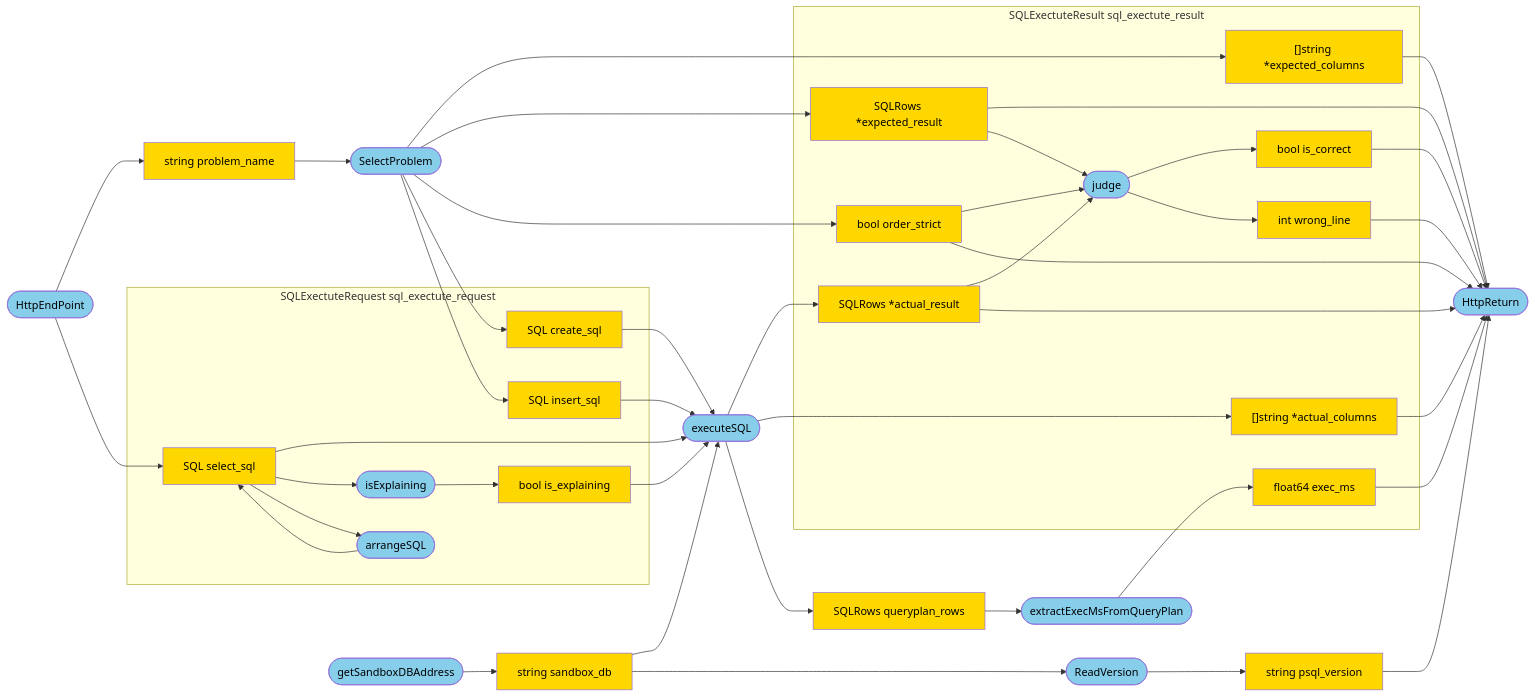
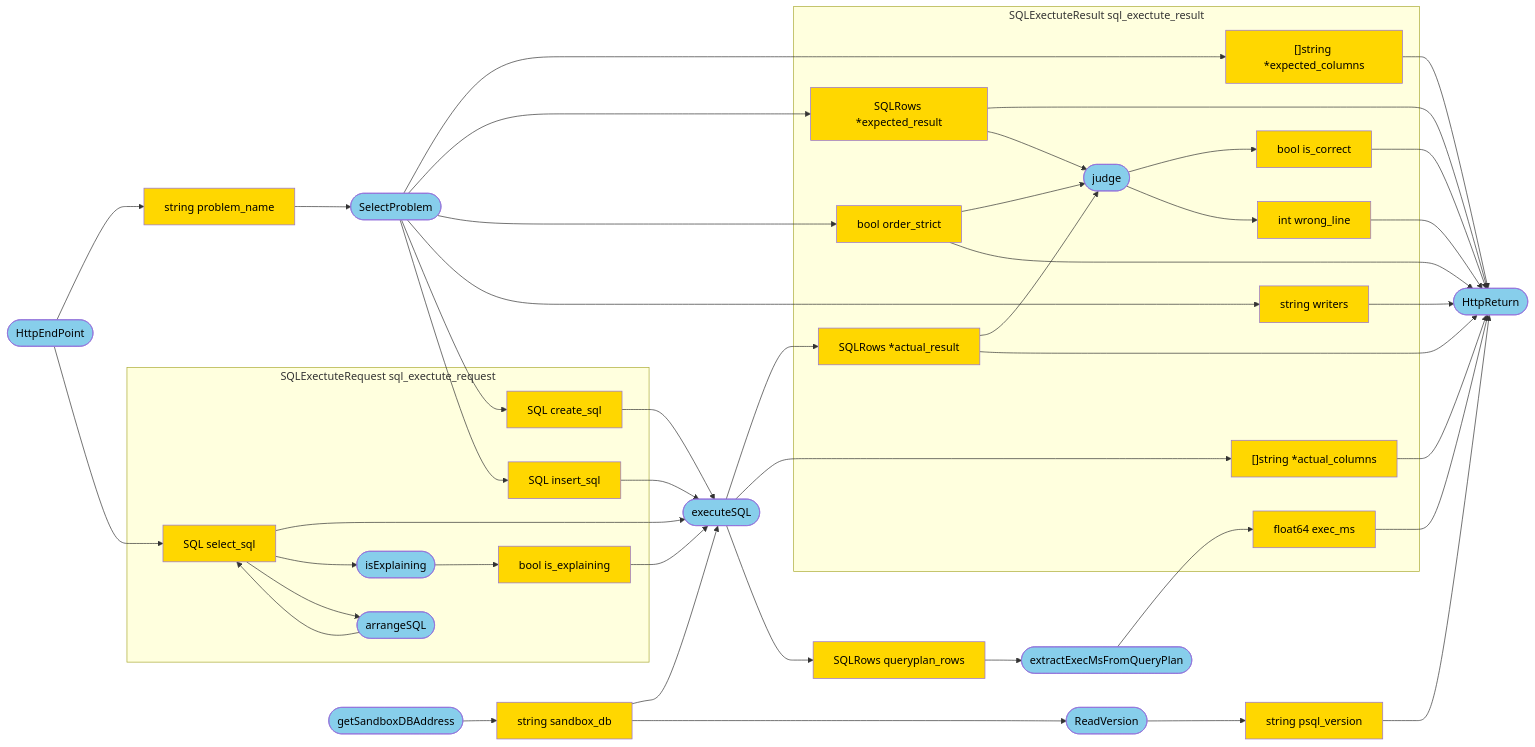
The first of 3 diagrams in internal/judge/doc.md (ryhoh/SQLover), drawn with Mermaid before and after one commit. The commit also changed 35 other files, not shown here.

````diff
--- a/internal/judge/doc.md
+++ b/internal/judge/doc.md
@@ -3,78 +3,81 @@
 ```mermaid
 graph LR
     sandbox_db --> executeSQL([executeSQL])
     %%SQLoversDB[(SQLoversDB)] --> SelectCreateSQL([SelectCreateSQL])
     %%SQLoversDB[(SQLoversDB)] --> SelectInsertSQL([SelectInsertSQL])
 
     subgraph SQLExectuteRequest[SQLExectuteRequest sql_exectute_request]
         create_sql[SQL create_sql]
         insert_sql[SQL insert_sql]
         select_sql[SQL select_sql]
         is_explaining[bool is_explaining]
 
         isExplaining([isExplaining])
         arrangeSQL([arrangeSQL])
     end
     
     
     subgraph SQLExectuteResult[SQLExectuteResult sql_exectute_result]
         expected_result[SQLRows *expected_result]
         actual_result[SQLRows *actual_result]
         expected_columns["[]string" *expected_columns]
         actual_columns["[]string" *actual_columns]
         order_strict[bool order_strict]
         is_correct[bool is_correct]
         wrong_line[int wrong_line]
         exec_ms[float64 exec_ms]
+        writers[string writers]
         
         judge([judge])
     end
 
     HttpEndPoint([HttpEndPoint]) --> problem_name[string problem_name]
     problem_name --> SelectProblem([SelectProblem])
     SelectProblem --> create_sql
     SelectProblem --> insert_sql
     SelectProblem --> expected_columns
     SelectProblem --> expected_result
     SelectProblem --> order_strict
+    SelectProblem --> writers
     HttpEndPoint --> select_sql
     create_sql --> executeSQL
     insert_sql --> executeSQL
     select_sql --> executeSQL
     select_sql --> isExplaining([isExplaining]) --> is_explaining --> executeSQL
     select_sql --> arrangeSQL([arrangeSQL]) --> select_sql
     executeSQL --> actual_result
     executeSQL --> actual_columns
     executeSQL --> queryplan_rows[SQLRows queryplan_rows]
     queryplan_rows --> extractExecMsFromQueryPlan([extractExecMsFromQueryPlan])
     extractExecMsFromQueryPlan --> exec_ms
 
     expected_result --> HttpReturn([HttpReturn])
 
     expected_result --> judge
     actual_result --> judge
     order_strict --> judge
     judge --> is_correct
     judge --> wrong_line
     
     getSandboxDBAddress([getSandboxDBAddress]) --> sandbox_db[string sandbox_db]
 
     actual_result --> HttpReturn
     expected_columns --> HttpReturn
     actual_columns --> HttpReturn
     is_correct --> HttpReturn
     wrong_line --> HttpReturn
     order_strict --> HttpReturn
     exec_ms --> HttpReturn
+    writers --> HttpReturn
 
     sandbox_db --> ReadVersion([ReadVersion]) --> psql_version[string psql_version] --> HttpReturn
 
     %% style
     classDef func fill:skyblue,color:#000
     classDef data fill:gold,color:#000
     classDef database fill:lightgray,color:#000
 
     class getSandboxDBAddress,executeSQL,HttpEndPoint,judge,HttpReturn,arrangeSQL,SelectProblem,ReadVersion,isExplaining,extractExecMsFromQueryPlan func;
-    class sandbox_db,create_sql,insert_sql,select_sql,expected_result,actual_result,order_strict,expected_columns,actual_columns,is_correct,wrong_line,problem_name,base_table,exec_ms,psql_version,is_explaining,queryplan_rows data;
+    class sandbox_db,create_sql,insert_sql,select_sql,expected_result,actual_result,order_strict,expected_columns,actual_columns,is_correct,wrong_line,problem_name,base_table,exec_ms,psql_version,is_explaining,queryplan_rows,writers data;
     class SQLoversDB database;
 ```
````
